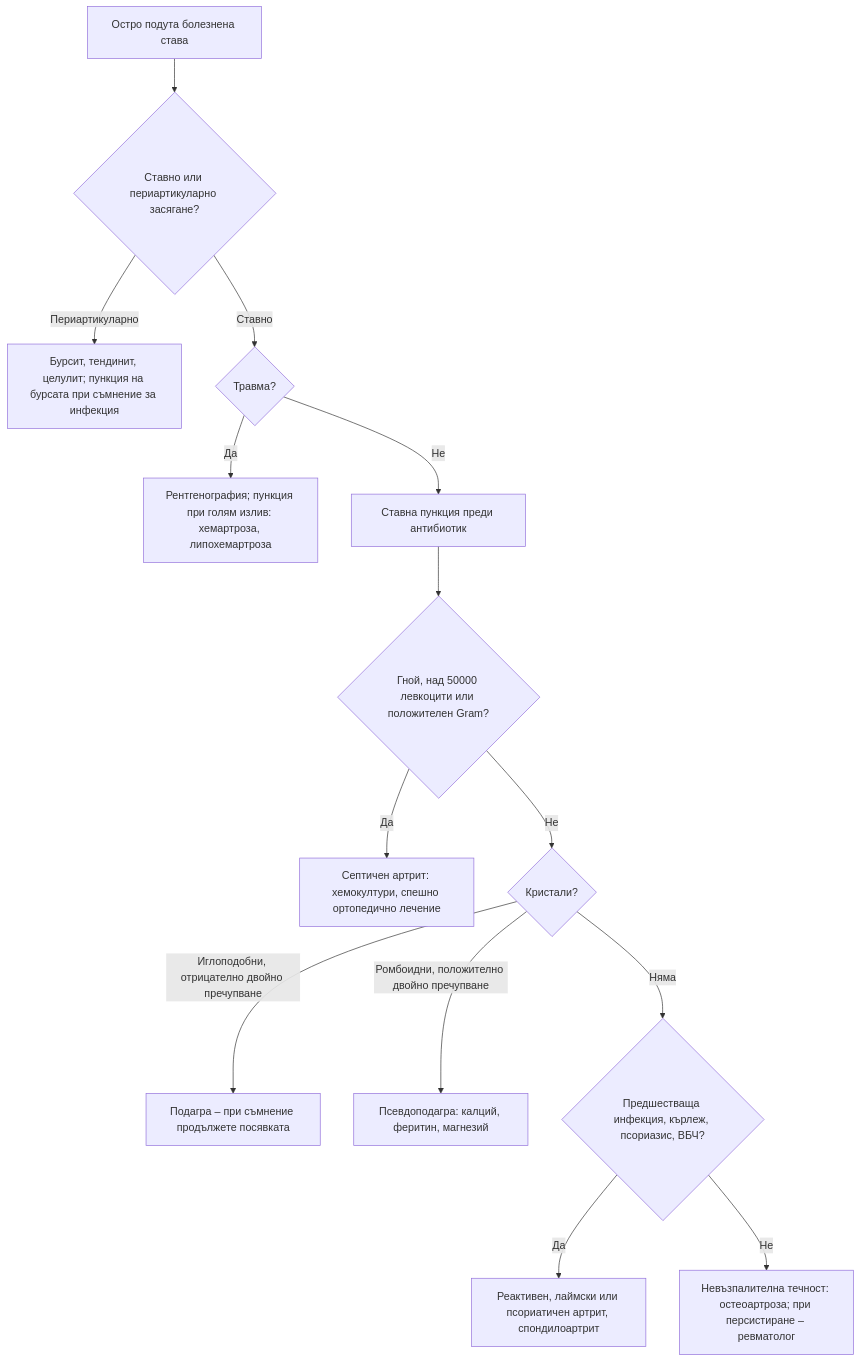
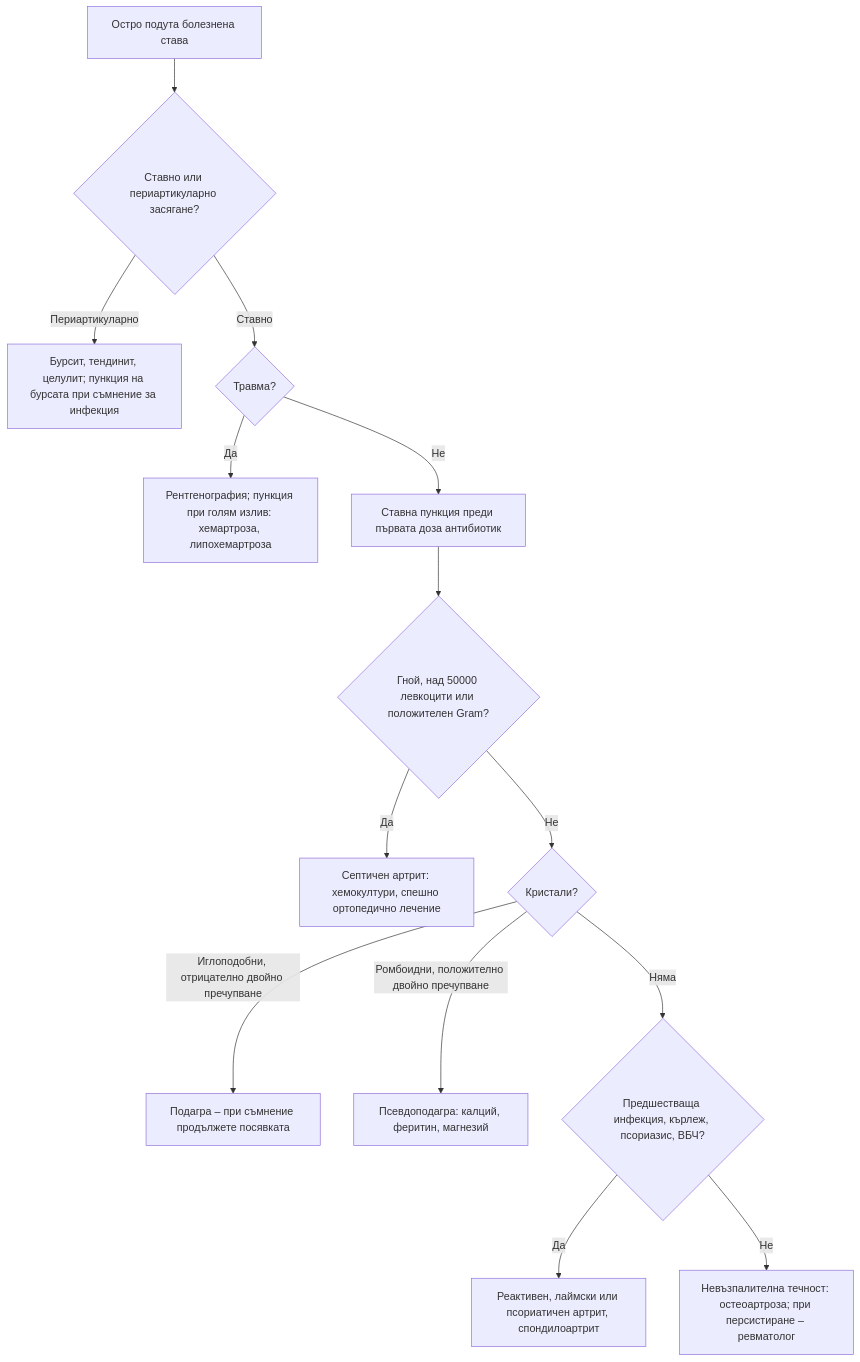
Before and after one commit to yancho26/yancho: the diagram in glavi/51-monoartrit.md, drawn with Mermaid. The commit also changed other lines of this file and 43 other files, not shown here.

First line of the commit message:
Езикова редакция: глава 51; надписи на алгоритмите; „преди първата доза антибиотик“

````diff
--- a/glavi/51-monoartrit.md
+++ b/glavi/51-monoartrit.md
@@ -170,18 +170,18 @@
 ```mermaid
 flowchart TD
-    accTitle: Диагностичен алгоритъм: остър моноартрит
+    accTitle: Диагностичен алгоритъм при остър моноартрит
     accDescr: Блок-схема. Начало: Остро подута болезнена става. Въпроси: Ставно или периартикуларно засягане? · Травма? · Гной, над 50000 левкоцити или положителен Gram? · Кристали? · Предшестваща инфекция, кърлеж, псориазис, ВБЧ? Пълното текстово описание е под схемата.
     A["Остро подута болезнена става"] --> B{"Ставно или периартикуларно засягане?"}
     B -->|Периартикуларно| C["Бурсит, тендинит, целулит; пункция на бурсата при съмнение за инфекция"]
     B -->|Ставно| D{"Травма?"}
     D -->|Да| E["Рентгенография; пункция при голям излив: хемартроза, липохемартроза"]
-    D -->|Не| F["Ставна пункция преди антибиотик"]
+    D -->|Не| F["Ставна пункция преди първата доза антибиотик"]
     F --> G{"Гной, над 50000 левкоцити или положителен Gram?"}
     G -->|Да| H["Септичен артрит: хемокултури, спешно ортопедично лечение"]
     G -->|Не| I{"Кристали?"}
     I -->|Иглоподобни, отрицателно двойно пречупване| J["Подагра – при съмнение продължете посявката"]
     I -->|Ромбоидни, положително двойно пречупване| K["Псевдоподагра: калций, феритин, магнезий"]
     I -->|Няма| L{"Предшестваща инфекция, кърлеж, псориазис, ВБЧ?"}
     L -->|Да| M["Реактивен, лаймски или псориатичен артрит, спондилоартрит"]
     L -->|Не| N["Невъзпалителна течност: остеоартроза; при персистиране – ревматолог"]
 ```
````
